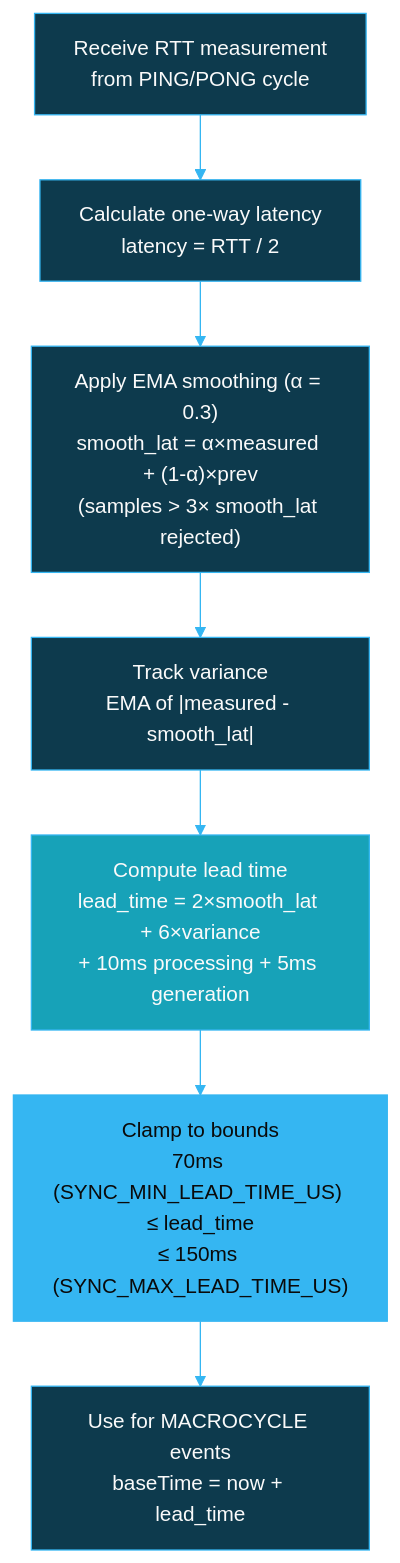
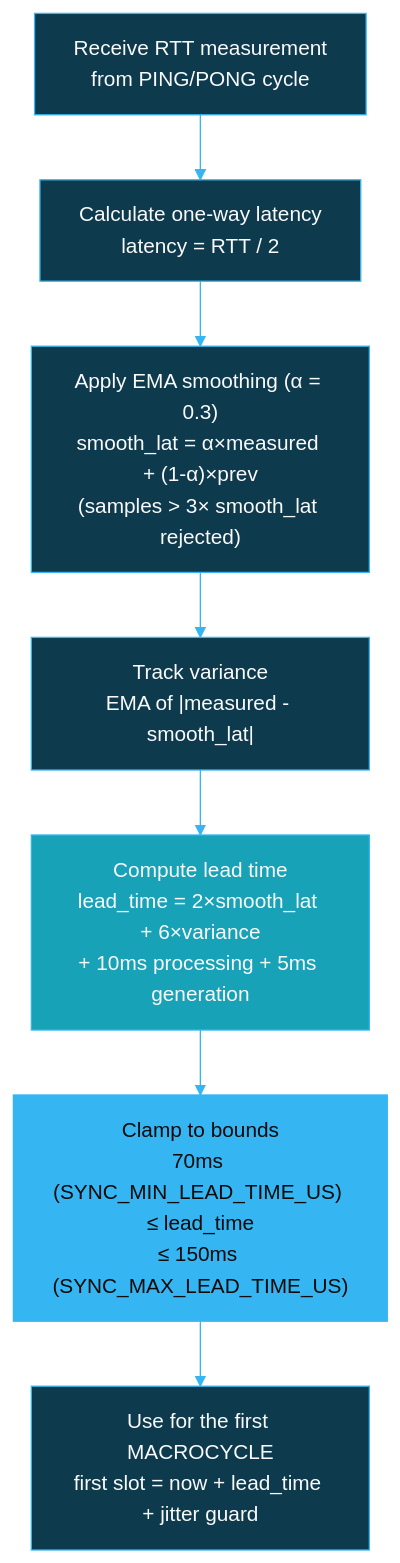
One commit to BlueBuzzah/BlueBuzzah-Firmware changed the tenth of 11 diagrams in docs/THERAPY_SESSION_FLOW.md. Above: the diagram before and after it, drawn with Mermaid. The commit also changed other lines of this file and 4 other files, not shown here.

Commit message:
docs(therapy): describe onset jitter and the fixed macrocycle grid

````diff
--- a/docs/THERAPY_SESSION_FLOW.md
+++ b/docs/THERAPY_SESSION_FLOW.md
@@ -670,36 +670,36 @@
 ```mermaid
 %%{init: {'theme': 'base', 'themeVariables': {
   'primaryColor': '#0d3a4d',
   'primaryTextColor': '#fafafa',
   'primaryBorderColor': '#35B6F2',
   'lineColor': '#35B6F2',
   'secondaryColor': '#05212D',
   'tertiaryColor': '#0a0a0a',
   'background': '#0a0a0a',
   'mainBkg': '#0d3a4d',
   'nodeBorder': '#35B6F2',
   'clusterBkg': '#05212D',
   'clusterBorder': '#35B6F2',
   'titleColor': '#fafafa',
   'edgeLabelBackground': '#0a0a0a'
 }}}%%
 flowchart TD
     A["Receive RTT measurement<br/>from PING/PONG cycle"]
 
     B["Calculate one-way latency<br/>latency = RTT / 2"]
 
     C["Apply EMA smoothing (α = 0.3)<br/>smooth_lat = α×measured + (1-α)×prev<br/>(samples > 3× smooth_lat rejected)"]
 
     D["Track variance<br/>EMA of |measured - smooth_lat|"]
 
     E["Compute lead time<br/>lead_time = 2×smooth_lat + 6×variance<br/>+ 10ms processing + 5ms generation"]
 
     F["Clamp to bounds<br/>70ms (SYNC_MIN_LEAD_TIME_US) ≤ lead_time<br/>≤ 150ms (SYNC_MAX_LEAD_TIME_US)"]
 
-    G["Use for MACROCYCLE events<br/>baseTime = now + lead_time"]
+    G["Use for the first MACROCYCLE<br/>first slot = now + lead_time + jitter guard"]
 
     A --> B --> C --> D --> E --> F --> G
 
     style E fill:#17a2b8,color:#fafafa
     style F fill:#35B6F2,color:#0a0a0a
 ```
````
